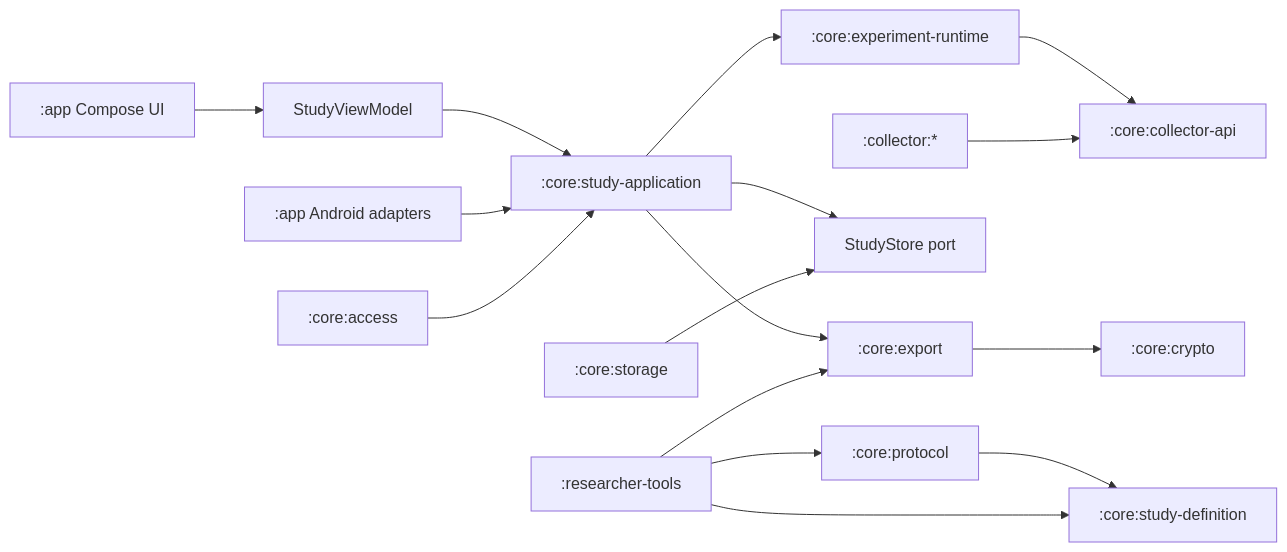
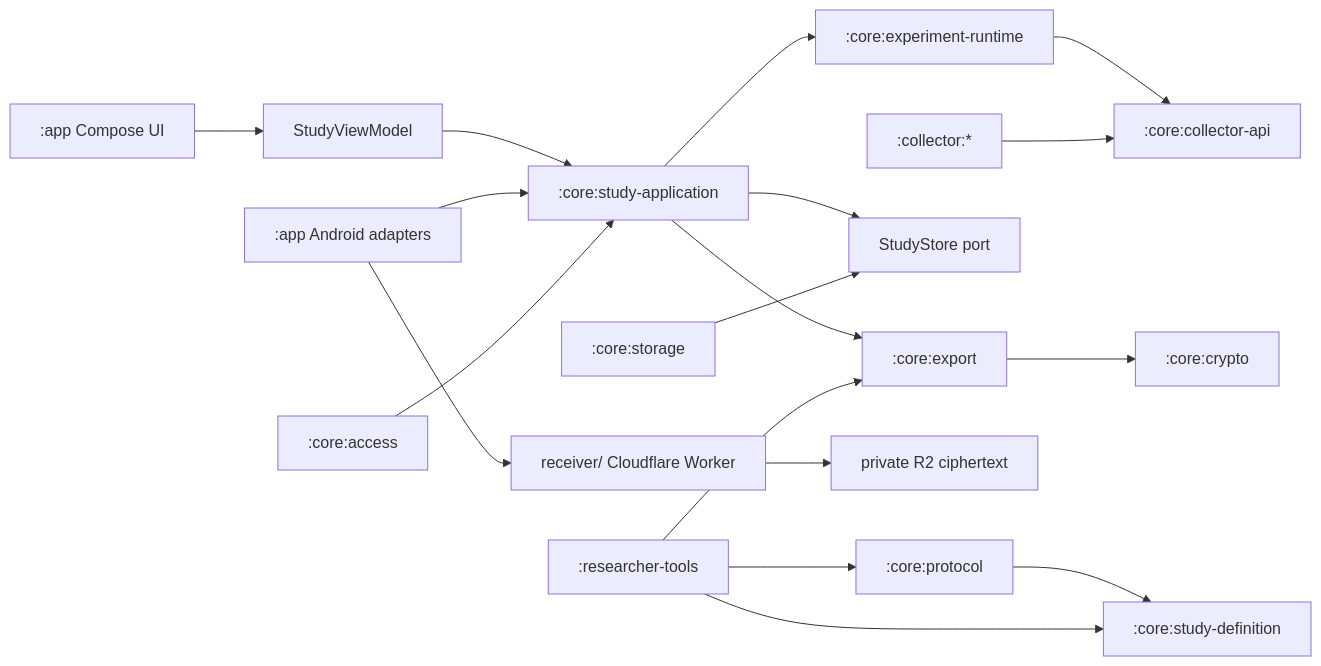
One commit to JacobLinCool/particeps changed the diagram in README.md. Above: the diagram before and after it, drawn with Mermaid. The commit also changed other lines of this file and 13 other files, not shown here.

First line of the commit message:
Align CI and documentation with the P0-P2 architecture

````diff
--- a/README.md
+++ b/README.md
@@ -106,18 +135,20 @@
 ```mermaid
 flowchart LR
     UI[":app Compose UI"] --> VM["StudyViewModel"]
     VM --> Session[":core:study-application"]
     Session --> Runtime[":core:experiment-runtime"]
     Runtime --> API[":core:collector-api"]
     Collectors[":collector:*"] --> API
     Session --> StorePort["StudyStore port"]
     Storage[":core:storage"] --> StorePort
     Session --> Export[":core:export"]
     Export --> Crypto[":core:crypto"]
     Android[":app Android adapters"] --> Session
+    Android --> Receiver["receiver/ Cloudflare Worker"]
+    Receiver --> R2["private R2 ciphertext"]
     Access[":core:access"] --> Session
     Protocol[":core:protocol"] --> Definition[":core:study-definition"]
     Tools[":researcher-tools"] --> Definition
     Tools --> Protocol
     Tools --> Export
 ```
````
